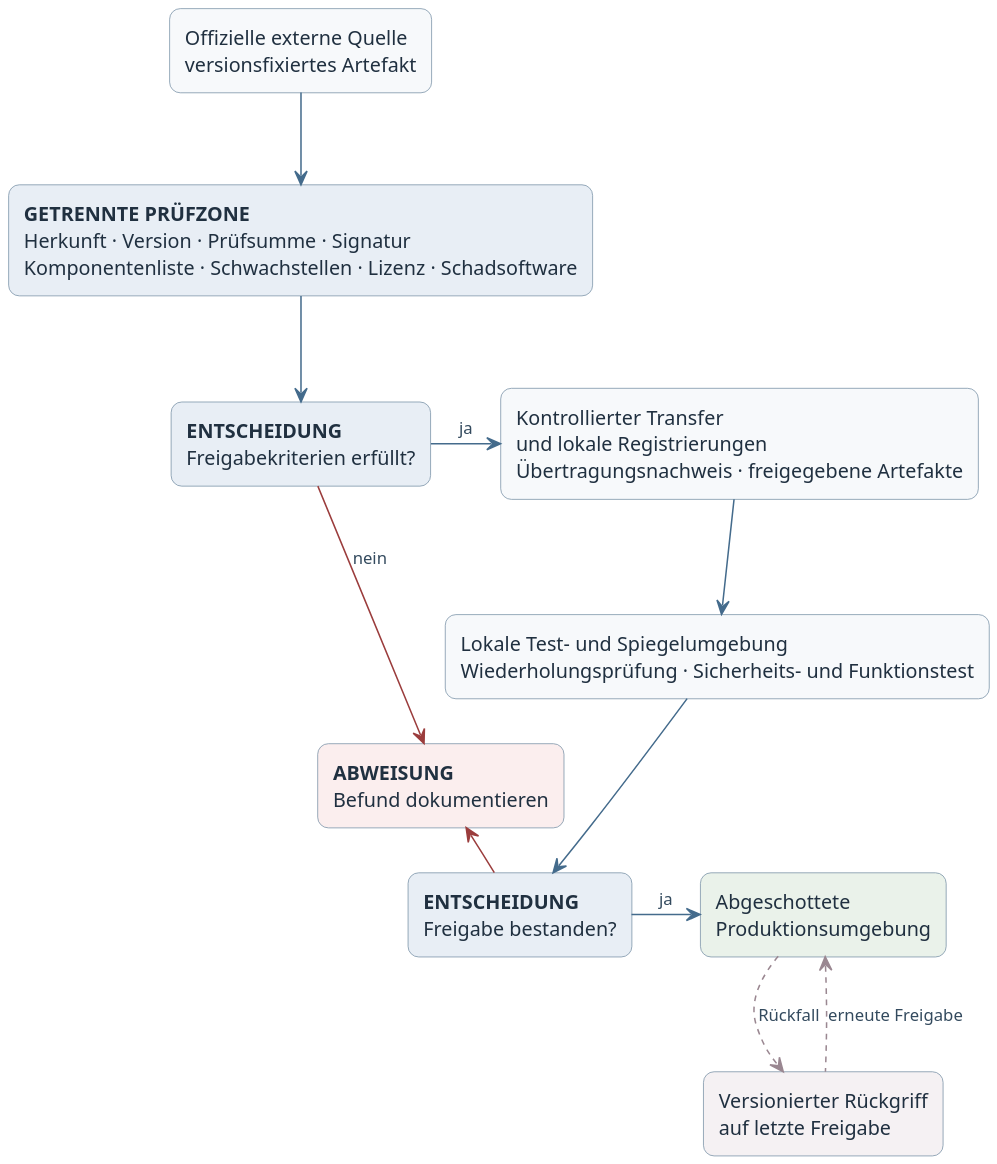
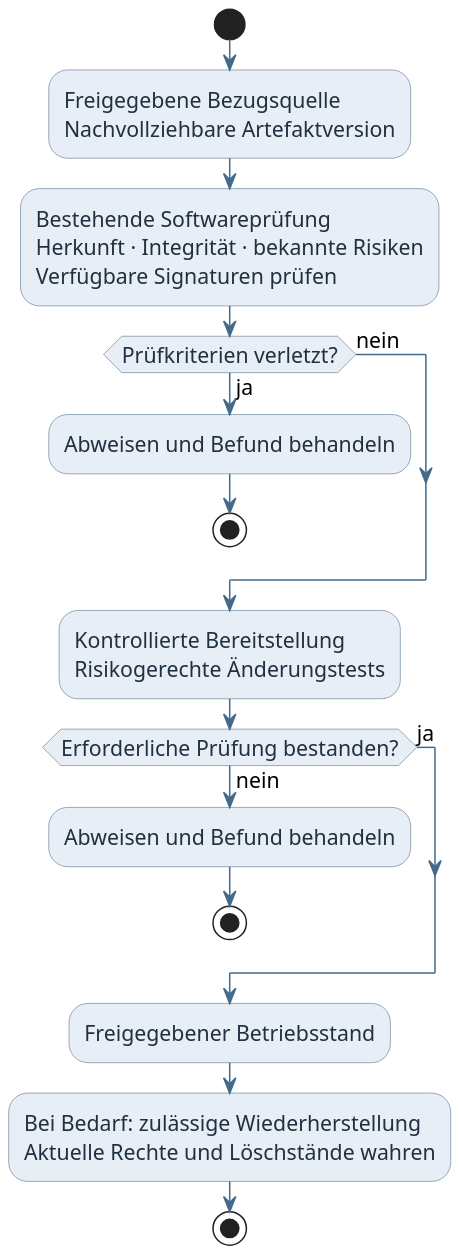
The diagram in diagramme/artefaktimport.puml (adrianweidig/allgemeines-ki-it-sicherheitskonzept), drawn with PlantUML before and after one commit. The commit also changed 37 other files, not shown here.

```diff
--- a/diagramme/artefaktimport.puml
+++ b/diagramme/artefaktimport.puml
@@ -1,40 +1,35 @@
 @startuml
-top to bottom direction
-
 skinparam dpi 180
 skinparam backgroundColor #FFFFFF
 skinparam shadowing false
-skinparam roundCorner 14
 skinparam defaultFontName Arial
-skinparam defaultFontSize 13
+skinparam defaultFontSize 14
 skinparam ArrowColor #446B8C
-skinparam ArrowFontColor #334A5E
-skinparam ArrowFontSize 11
-skinparam rectangle {
+skinparam activity {
+  BackgroundColor #E8EEF5
   BorderColor #7890A5
-  BackgroundColor #F7F9FB
   FontColor #203040
 }
-
-rectangle "Offizielle externe Quelle\nversionsfixiertes Artefakt" as quelle
-rectangle "**GETRENNTE PRÜFZONE**\nHerkunft · Version · Prüfsumme · Signatur\nKomponentenliste · Schwachstellen · Lizenz · Schadsoftware" as pruefung #E8EEF5
-rectangle "**ENTSCHEIDUNG**\nFreigabekriterien erfüllt?" as kriterien #E8EEF5
-rectangle "Kontrollierter Transfer\nund lokale Registrierungen\nÜbertragungsnachweis · freigegebene Artefakte" as transfer
-rectangle "Lokale Test- und Spiegelumgebung\nWiederholungsprüfung · Sicherheits- und Funktionstest" as test
-rectangle "**ENTSCHEIDUNG**\nFreigabe bestanden?" as freigabe #E8EEF5
-rectangle "Abgeschottete\nProduktionsumgebung" as produktion #EAF2EA
-rectangle "Versionierter Rückgriff\nauf letzte Freigabe" as rueckfall #F5F1F3
-rectangle "**ABWEISUNG**\nBefund dokumentieren" as abweisen #FBEEEE
-
-quelle -down-> pruefung
-pruefung -down-> kriterien
-kriterien -right-> transfer : ja
-kriterien -[#9B3D3D]down-> abweisen : nein
-transfer -down-> test
-test -down-> freigabe
-freigabe -right-> produktion : ja
-freigabe -[#9B3D3D]left-> abweisen : nein
-produktion -[#9A8791,dashed]down-> rueckfall : Rückfall
-rueckfall -[#9A8791,dashed]up-> produktion : erneute Freigabe
-
+skinparam rectangle {
+  BackgroundColor #E8EEF5
+  BorderColor #7890A5
+  FontColor #203040
+}
+start
+:Freigegebene Bezugsquelle\nNachvollziehbare Artefaktversion;
+:Bestehende Softwareprüfung\nHerkunft · Integrität · bekannte Risiken\nVerfügbare Signaturen prüfen;
+if (Prüfkriterien verletzt?) then (ja)
+  :Abweisen und Befund behandeln;
+  stop
+else (nein)
+endif
+:Kontrollierte Bereitstellung\nRisikogerechte Änderungstests;
+if (Erforderliche Prüfung bestanden?) then (nein)
+  :Abweisen und Befund behandeln;
+  stop
+else (ja)
+endif
+:Freigegebener Betriebsstand;
+:Bei Bedarf: zulässige Wiederherstellung\nAktuelle Rechte und Löschstände wahren;
+stop
 @enduml
```
